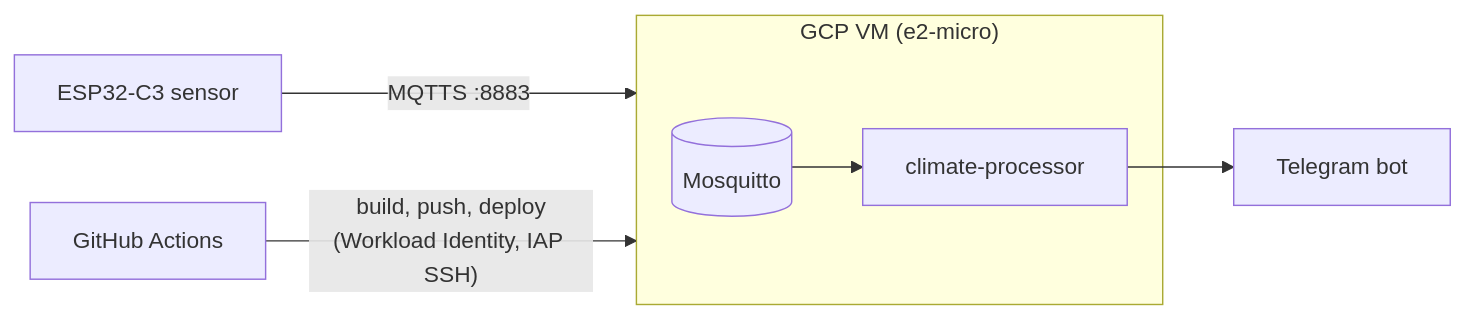
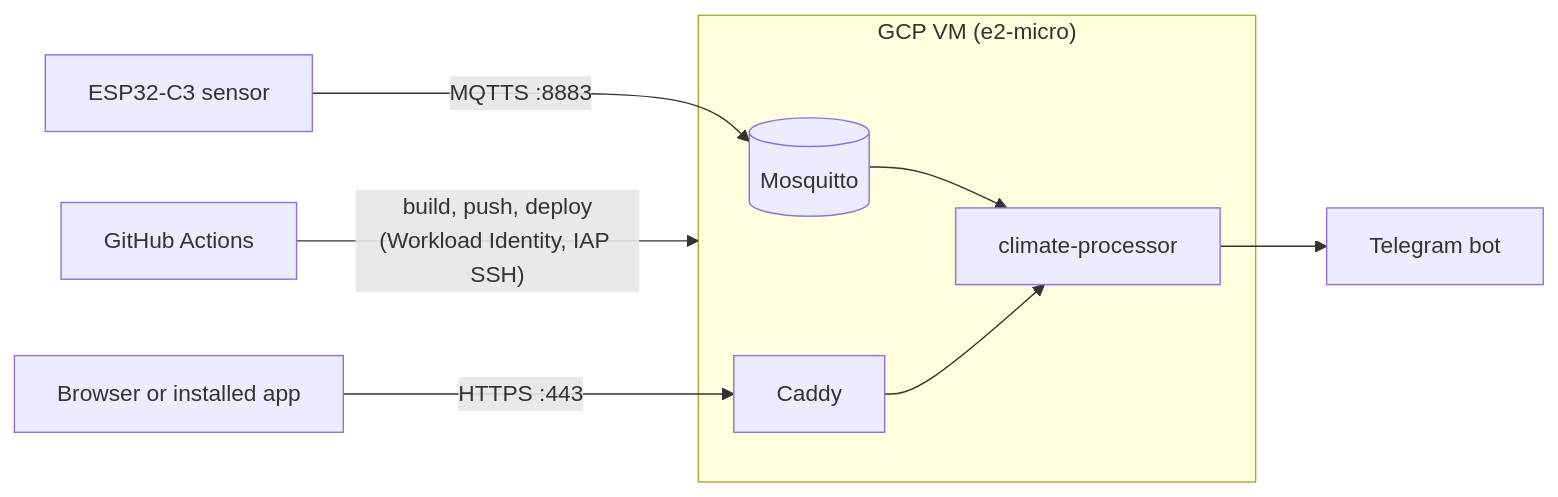
The second of 2 diagrams in README.md (Nurs717/climate-processor), drawn with Mermaid before and after one commit. The commit also changed other lines of this file, not shown here.

Commit message:
docs: describe the web app, the REST API and the sign-in in the README

````diff
--- a/README.md
+++ b/README.md
@@ -30,9 +37,11 @@
 ```mermaid
 flowchart LR
-    S["ESP32-C3 sensor"] -- "MQTTS :8883" --> V
+    S["ESP32-C3 sensor"] -- "MQTTS :8883" --> B
+    U["Browser or installed app"] -- "HTTPS :443" --> C
     subgraph V["GCP VM (e2-micro)"]
         B[(Mosquitto)] --> G["climate-processor"]
+        C[Caddy] --> G
     end
     G --> T[Telegram bot]
     GH["GitHub Actions"] -- "build, push, deploy<br/>(Workload Identity, IAP SSH)" --> V
 ```
````
